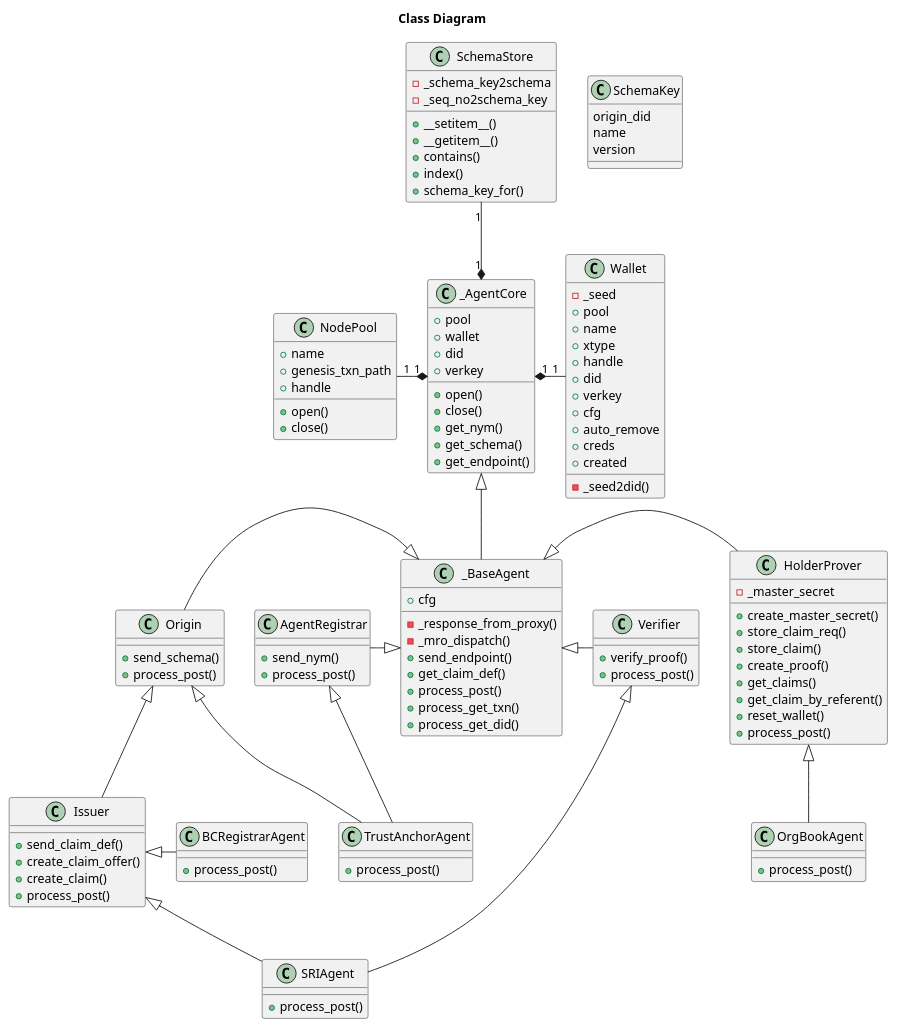
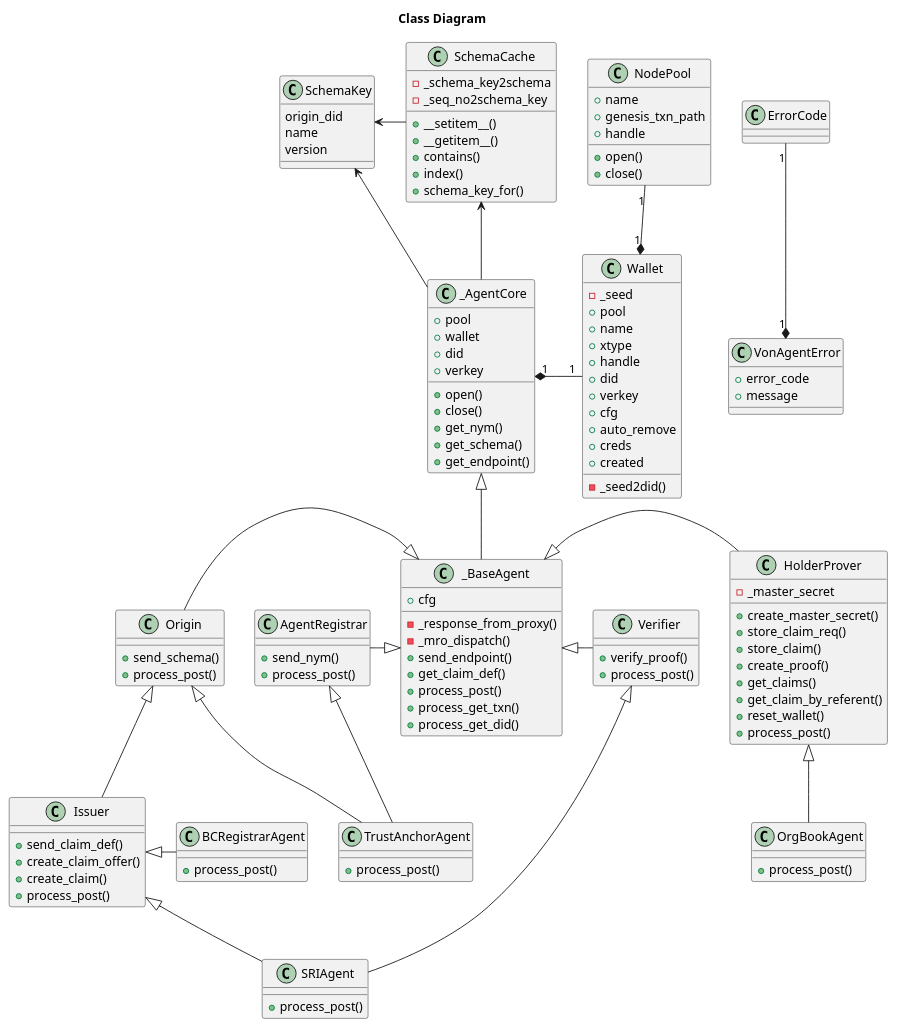
The diagram in doc/pic/src/class.puml (PSPC-SPAC-buyandsell/von_base), drawn with PlantUML before and after one commit. The commit also changed 4 other files, not shown here.

Commit message:
Include von_conx, schema & claim-def caches

```diff
--- a/doc/pic/src/class.puml
+++ b/doc/pic/src/class.puml
@@ -1,153 +1,165 @@
 @startuml
 /'
 Copyright 2017-2018 Government of Canada - Public Services and Procurement Canada - buyandsell.gc.ca
 
 Licensed under the Apache License, Version 2.0 (the "License");
 you may not use this file except in compliance with the License.
 You may obtain a copy of the License at
 
 http://www.apache.org/licenses/LICENSE-2.0
 
 Unless required by applicable law or agreed to in writing, software
 distributed under the License is distributed on an "AS IS" BASIS,
 WITHOUT WARRANTIES OR CONDITIONS OF ANY KIND, either express or implied.
 See the License for the specific language governing permissions and
 limitations under the License.
 '/
 
 title Class Diagram
 
+class ErrorCode {
+}
+
+class VonAgentError {
+    + error_code
+    + message
+}
+
 class SchemaKey {
     origin_did
     name
     version
 }
 
-class SchemaStore {
+class SchemaCache {
     -_schema_key2schema
     -_seq_no2schema_key
     +__setitem__()
     +__getitem__()
     +contains()
     +index()
     +schema_key_for()
 }
 
 class Wallet {
     -_seed
     +pool
     +name
     +xtype
     +handle
     +did
     +verkey
     +cfg
     +auto_remove
     +creds
     +created
     -_seed2did()
 }
 
 class NodePool {
     +name
     +genesis_txn_path
     +handle
     +open()
     +close()
 }
 
 class _AgentCore {
     +pool
     +wallet
     +did
     +verkey
     +open()
     +close()
     +get_nym()
     +get_schema()
     +get_endpoint()
 }
 
 class _BaseAgent {
     +cfg
     -_response_from_proxy()
     -_mro_dispatch()
     +send_endpoint()
     +get_claim_def()
     +process_post()
     +process_get_txn()
     +process_get_did()
 }
 
 class AgentRegistrar {
     +send_nym()
     +process_post()
 }
 
 class Origin {
     +send_schema()
     +process_post()
 }
 
 class Issuer {
     +send_claim_def()
     +create_claim_offer()
     +create_claim()
     +process_post()
 }
 
 class HolderProver {
     -_master_secret
     +create_master_secret()
     +store_claim_req()
     +store_claim()
     +create_proof()
     +get_claims()
     +get_claim_by_referent()
     +reset_wallet()
     +process_post()
 }
 
 class Verifier {
     +verify_proof()
     +process_post()
 }
 
 class TrustAnchorAgent {
     +process_post()
 }
 
 class SRIAgent {
     +process_post()
 }
 
 class BCRegistrarAgent {
     +process_post()
 }
 
 class OrgBookAgent {
     +process_post()
 }
 
-_AgentCore "1" *-up- "1" SchemaStore
-_AgentCore "1" *-left- "1" NodePool
+VonAgentError "1" *-up- "1" ErrorCode
+SchemaCache -left-> SchemaKey
+_AgentCore -left-> SchemaKey
+
+_AgentCore -up-> SchemaCache
 _AgentCore "1" *-right- "1" Wallet
+Wallet "1" *-up- "1" NodePool
 
 _AgentCore <|-down- _BaseAgent
 _BaseAgent <|-left- AgentRegistrar
 _BaseAgent <|-left- Origin
 _BaseAgent <|-right- HolderProver
 _BaseAgent <|-right- Verifier
 
 AgentRegistrar <|-down- TrustAnchorAgent
 Origin <|-down- TrustAnchorAgent
 Origin <|-down- Issuer
 
 Issuer <|-down- SRIAgent
 Verifier <|-down- SRIAgent
 
 Issuer <|- BCRegistrarAgent
 
 HolderProver <|-down- OrgBookAgent
 
 @enduml
```
